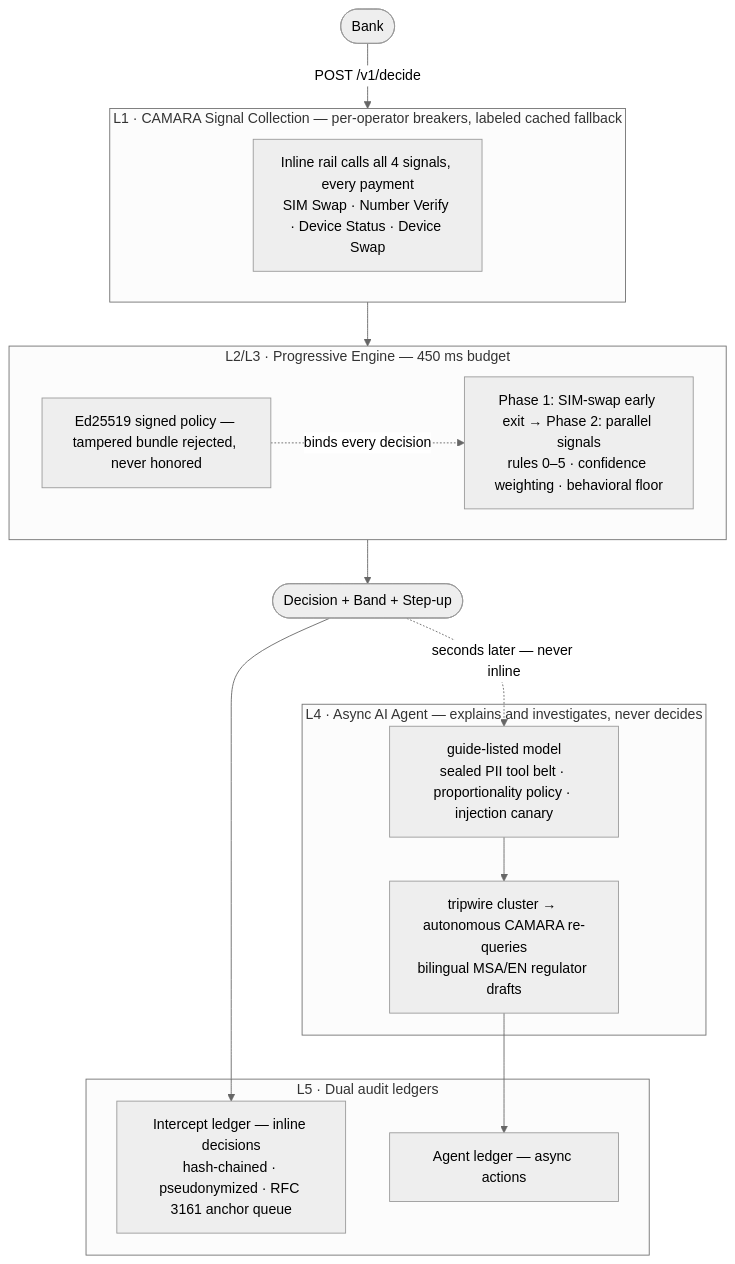
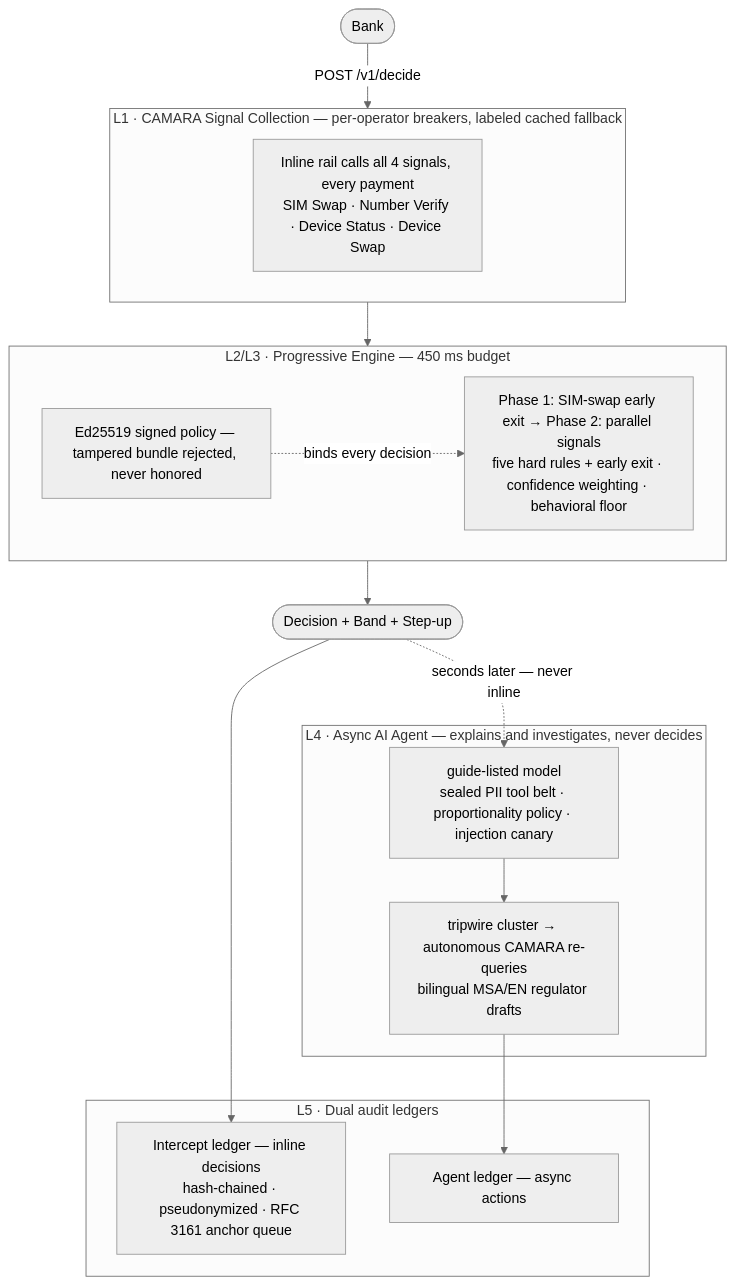
One commit to omarxhero/tasdiq changed the first of 2 diagrams in README.md. Above: the diagram before and after it, drawn with Mermaid (neutral theme). The commit also changed other lines of this file, not shown here.

Commit message:
docs: accuracy fix — engine has five numbered hard rules + Phase-1 early exit (six total); removed phantom 'rules 0-5' numbering

````diff
--- a/README.md
+++ b/README.md
@@ -54,34 +54,34 @@
 ```mermaid
 flowchart TB
     Bank([Bank]) -->|POST /v1/decide| SIG
 
     subgraph SIG["L1 · CAMARA Signal Collection — per-operator breakers, labeled cached fallback"]
         L1["Inline rail calls all 4 signals, every payment<br/>SIM Swap · Number Verify · Device Status · Device Swap"]
     end
 
     SIG --> ENG
 
     subgraph ENG["L2/L3 · Progressive Engine — 450 ms budget"]
-        L2["Phase 1: SIM-swap early exit → Phase 2: parallel signals<br/>rules 0–5 · confidence weighting · behavioral floor"]
+        L2["Phase 1: SIM-swap early exit → Phase 2: parallel signals<br/>five hard rules + early exit · confidence weighting · behavioral floor"]
         L3["Ed25519 signed policy — tampered bundle rejected, never honored"]
         L3 -. binds every decision .-> L2
     end
 
     ENG --> D(["Decision + Band + Step-up"])
 
     D --> LED5
     D -.->|seconds later — never inline| AG
 
     subgraph LEDG["L5 · Dual audit ledgers"]
         LED5["Intercept ledger — inline decisions<br/>hash-chained · pseudonymized · RFC 3161 anchor queue"]
         LEDA["Agent ledger — async actions"]
     end
 
     subgraph AGENT["L4 · Async AI Agent — explains and investigates, never decides"]
         AG["guide-listed model<br/>sealed PII tool belt · proportionality policy · injection canary"]
         AGR["tripwire cluster → autonomous CAMARA re-queries<br/>bilingual MSA/EN regulator drafts"]
         AG --> AGR
     end
 
     AGR --> LEDA
 ```
````
